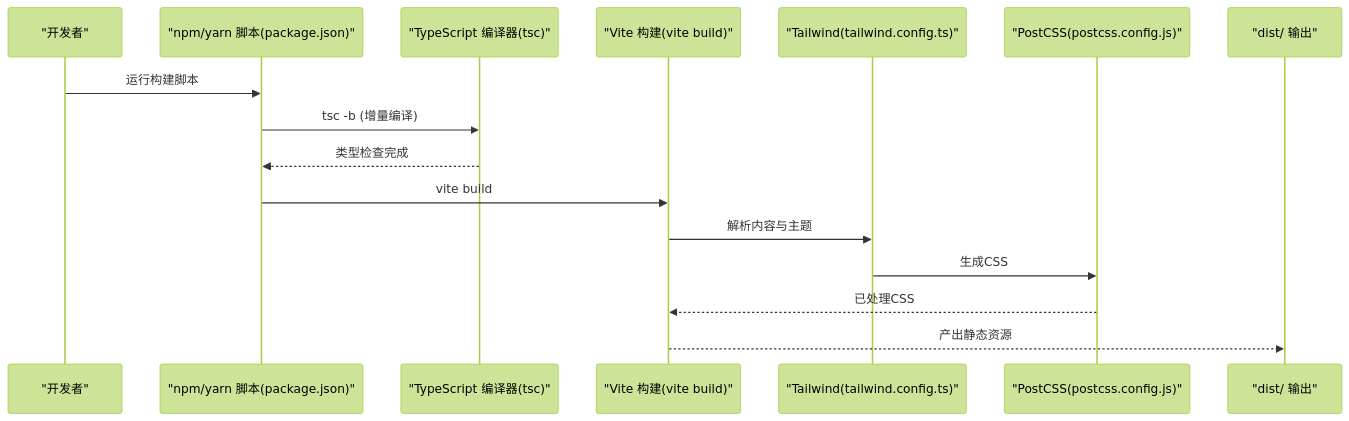
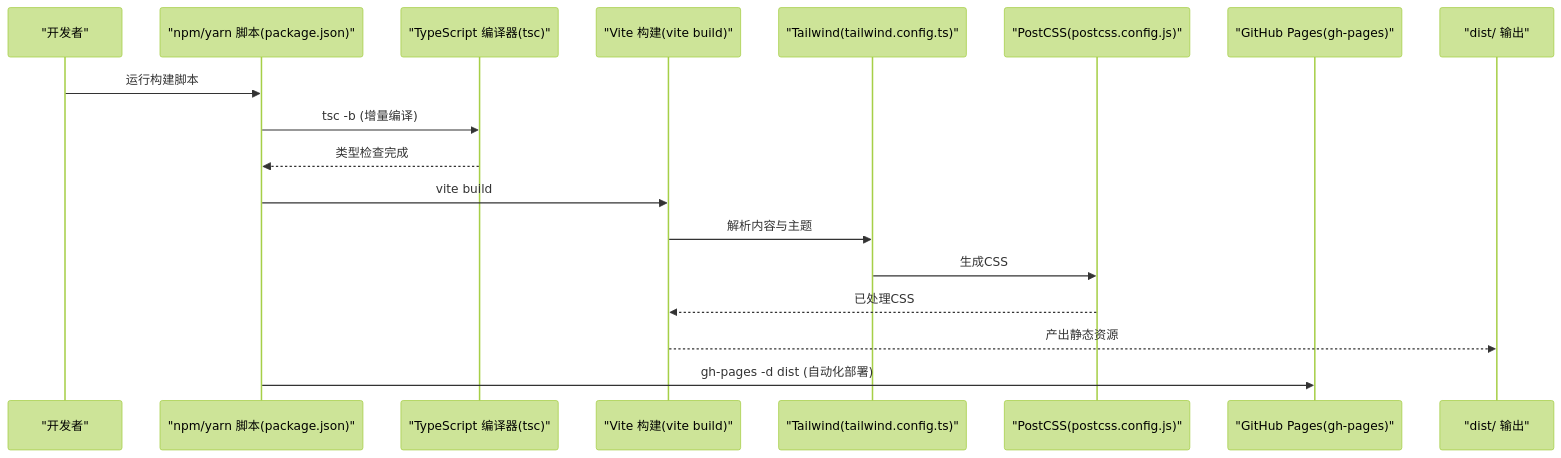
The second of 3 diagrams in .qoder/repowiki/zh/content/构建与部署.md (InfSky-233/B02), drawn with Mermaid (forest theme) before and after one commit. The commit also changed other lines of this file and 12 other files, not shown here.

````diff
--- a/.qoder/repowiki/zh/content/构建与部署.md
+++ b/.qoder/repowiki/zh/content/构建与部署.md
@@ -98,18 +109,20 @@
 ```mermaid
 sequenceDiagram
 participant Dev as "开发者"
 participant NPM as "npm/yarn 脚本(package.json)"
 participant TS as "TypeScript 编译器(tsc)"
 participant Vite as "Vite 构建(vite build)"
 participant TW as "Tailwind(tailwind.config.ts)"
 participant PC as "PostCSS(postcss.config.js)"
+participant GH as "GitHub Pages(gh-pages)"
 participant Out as "dist/ 输出"
 Dev->>NPM : 运行构建脚本
 NPM->>TS : tsc -b (增量编译)
 TS-->>NPM : 类型检查完成
 NPM->>Vite : vite build
 Vite->>TW : 解析内容与主题
 TW->>PC : 生成CSS
 PC-->>Vite : 已处理CSS
 Vite-->>Out : 产出静态资源
+NPM->>GH : gh-pages -d dist (自动化部署)
 ```
````
